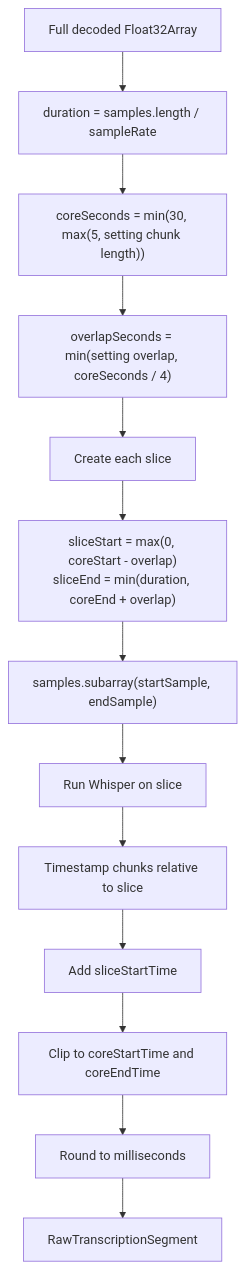
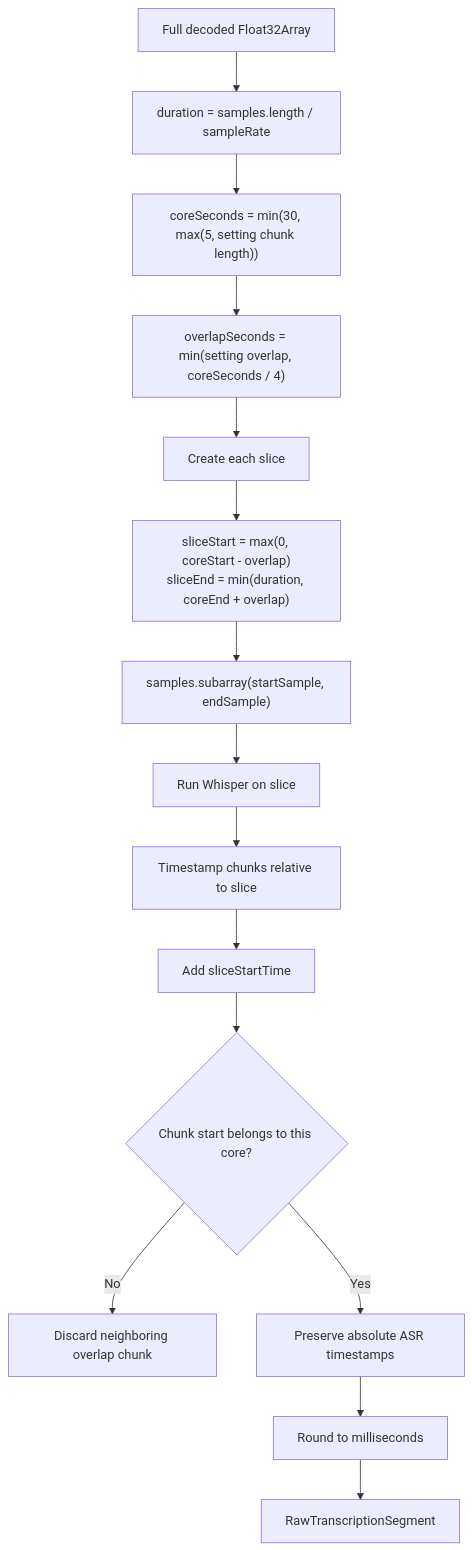
The seventh of 17 diagrams in docs/project-state.md (zxyandreay/auto-subtitle), drawn with Mermaid before and after one commit. The commit also changed other lines of this file and 1 other file, not shown here.

````diff
--- a/docs/project-state.md
+++ b/docs/project-state.md
@@ -558,15 +558,17 @@
 ```mermaid
 flowchart TD
     Audio["Full decoded Float32Array"] --> Duration["duration = samples.length / sampleRate"]
     Duration --> Core["coreSeconds = min(30, max(5, setting chunk length))"]
     Core --> Overlap["overlapSeconds = min(setting overlap, coreSeconds / 4)"]
     Overlap --> SliceLoop["Create each slice"]
     SliceLoop --> Slice["sliceStart = max(0, coreStart - overlap)\nsliceEnd = min(duration, coreEnd + overlap)"]
     Slice --> Samples["samples.subarray(startSample, endSample)"]
     Samples --> Model["Run Whisper on slice"]
     Model --> Chunks["Timestamp chunks relative to slice"]
     Chunks --> Offset["Add sliceStartTime"]
-    Offset --> Clip["Clip to coreStartTime and coreEndTime"]
-    Clip --> Round["Round to milliseconds"]
+    Offset --> Owner{"Chunk start belongs to this core?"}
+    Owner -->|No| Discard["Discard neighboring overlap chunk"]
+    Owner -->|Yes| Preserve["Preserve absolute ASR timestamps"]
+    Preserve --> Round["Round to milliseconds"]
     Round --> Segment["RawTranscriptionSegment"]
 ```
````
